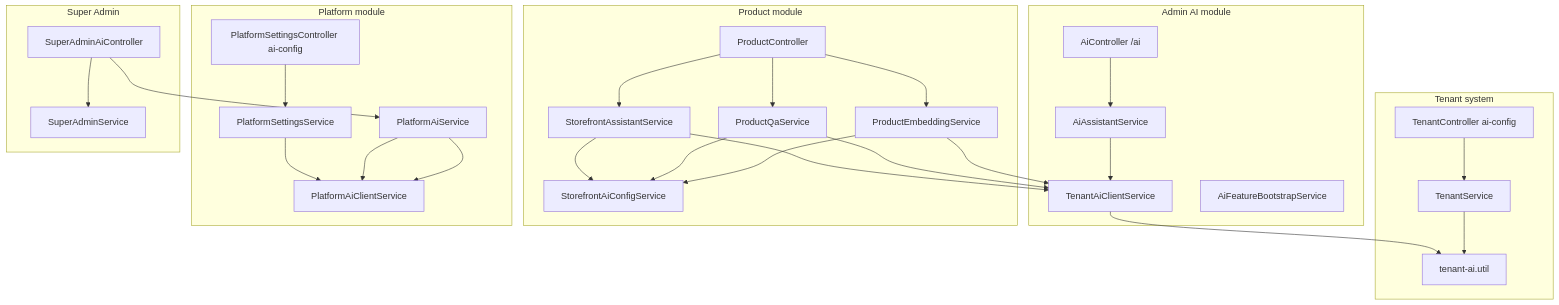
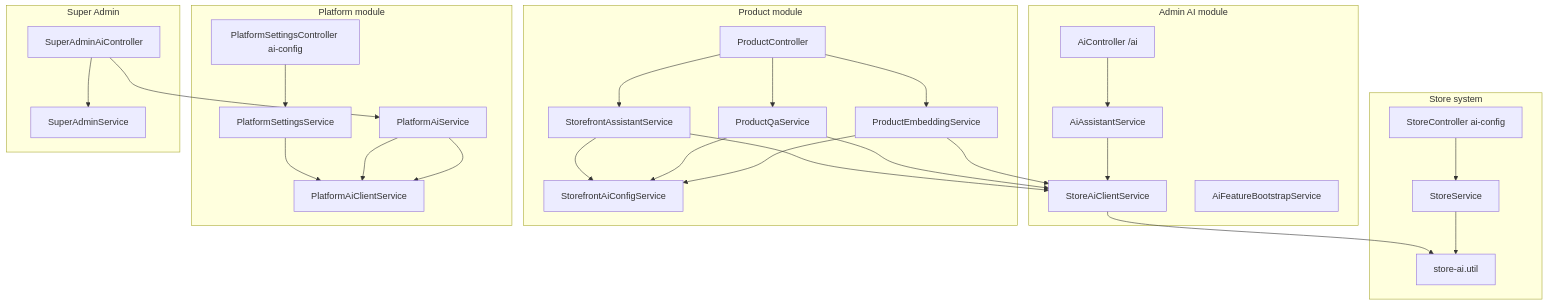
The second of 8 diagrams in doc/system-design/ai_system_guide.md (gowtamkumar/eCommerce-multi-store-saas-erp), drawn with Mermaid before and after one commit. The commit also changed other lines of this file and 764 other files, not shown here.

````diff
--- a/doc/system-design/ai_system_guide.md
+++ b/doc/system-design/ai_system_guide.md
@@ -99,46 +99,46 @@
 ```mermaid
 flowchart TB
   subgraph AdminAI["Admin AI module"]
     AC[AiController /ai]
     AAS[AiAssistantService]
-    TAC[TenantAiClientService]
+    TAC[StoreAiClientService]
     BOOT[AiFeatureBootstrapService]
   end
 
-  subgraph TenantSys["Tenant system"]
-    TC[TenantController ai-config]
-    TS[TenantService]
-    UTIL[tenant-ai.util]
+  subgraph StoreSys["Store system"]
+    TC[StoreController ai-config]
+    TS[StoreService]
+    UTIL[store-ai.util]
   end
 
   subgraph ProductMod["Product module"]
     PC[ProductController]
     PES[ProductEmbeddingService]
     PQA[ProductQaService]
     SAS[StorefrontAssistantService]
     SAC[StorefrontAiConfigService]
   end
 
   subgraph PlatformMod["Platform module"]
     PSC[PlatformSettingsController ai-config]
     PSS[PlatformSettingsService]
     PAC[PlatformAiClientService]
     PAS[PlatformAiService]
   end
 
   subgraph SuperAdmin["Super Admin"]
     SACtrl[SuperAdminAiController]
     SASvc[SuperAdminService]
   end
 
   AC --> AAS --> TAC
   TC --> TS --> UTIL
   TAC --> UTIL
   PC --> PES & PQA & SAS
   PES & PQA & SAS --> TAC
   PES & PQA & SAS --> SAC
   SACtrl --> PAS --> PAC
   SACtrl --> SASvc
   PAS --> PAC
   PSC --> PSS --> PAC
 ```
````
